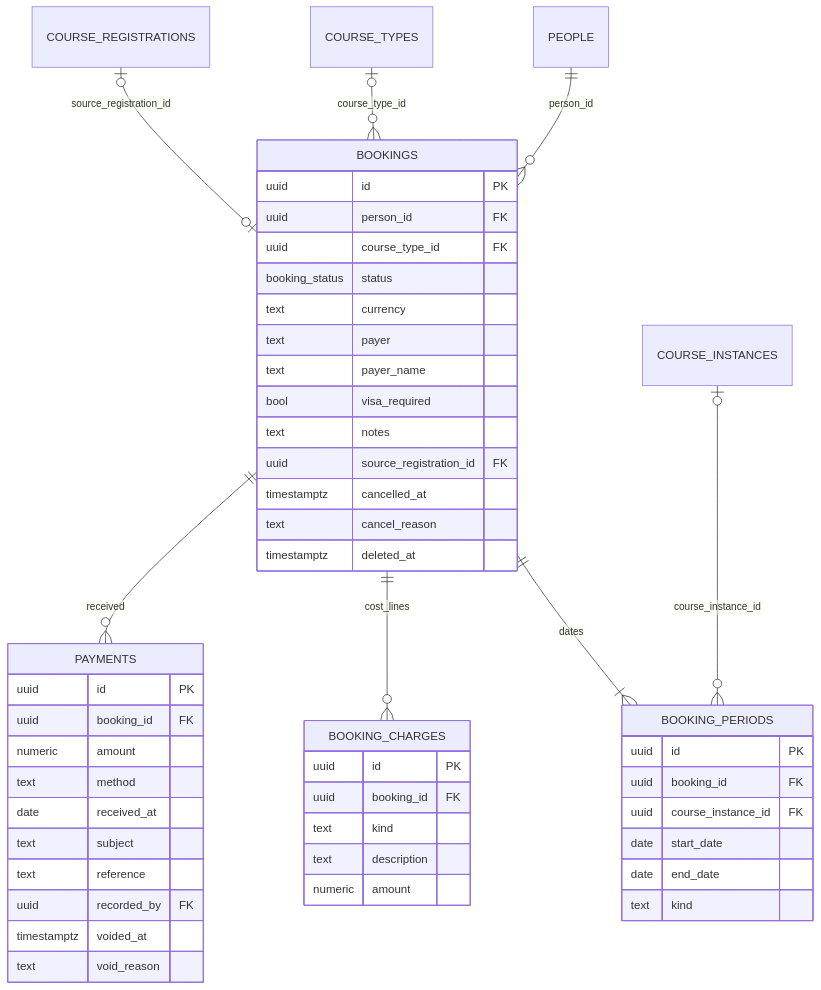
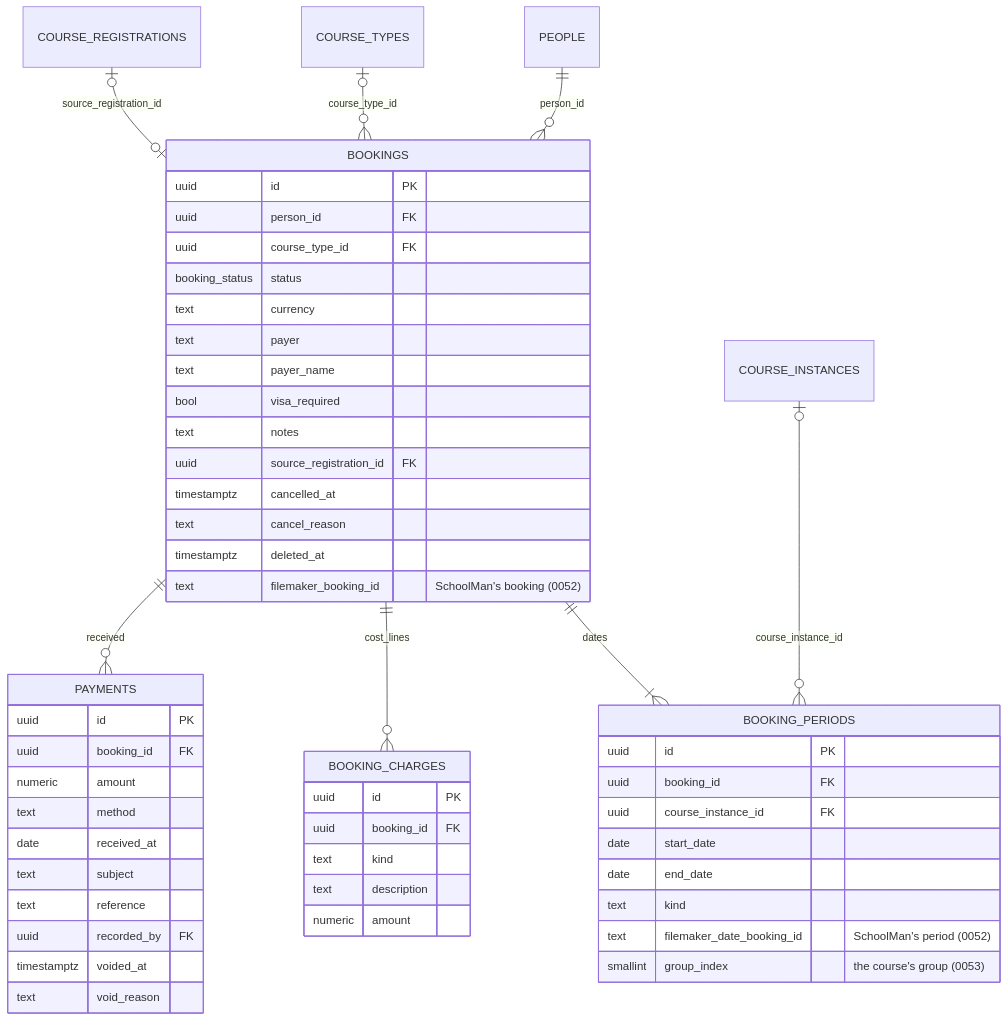
Before and after one commit to CASA-School/casa-website: the fourth of 7 diagrams in docs/ERD.md, drawn with Mermaid. The commit also changed 20 other files, not shown here.

````diff
--- a/docs/ERD.md
+++ b/docs/ERD.md
@@ -324,56 +324,59 @@
 ```mermaid
 erDiagram
   PEOPLE ||--o{ BOOKINGS : person_id
   COURSE_TYPES o|--o{ BOOKINGS : course_type_id
   COURSE_REGISTRATIONS o|--o| BOOKINGS : source_registration_id
   BOOKINGS ||--|{ BOOKING_PERIODS : dates
   COURSE_INSTANCES o|--o{ BOOKING_PERIODS : course_instance_id
   BOOKINGS ||--o{ BOOKING_CHARGES : cost_lines
   BOOKINGS ||--o{ PAYMENTS : received
 
   BOOKINGS {
     uuid id PK
     uuid person_id FK
     uuid course_type_id FK
     booking_status status
     text currency
     text payer
     text payer_name
     bool visa_required
     text notes
     uuid source_registration_id FK
     timestamptz cancelled_at
     text cancel_reason
     timestamptz deleted_at
+    text filemaker_booking_id "SchoolMan's booking (0052)"
   }
 
   BOOKING_PERIODS {
     uuid id PK
     uuid booking_id FK
     uuid course_instance_id FK
     date start_date
     date end_date
     text kind
+    text filemaker_date_booking_id "SchoolMan's period (0052)"
+    smallint group_index "the course's group (0053)"
   }
 
   BOOKING_CHARGES {
     uuid id PK
     uuid booking_id FK
     text kind
     text description
     numeric amount
   }
 
   PAYMENTS {
     uuid id PK
     uuid booking_id FK
     numeric amount
     text method
     date received_at
     text subject
     text reference
     uuid recorded_by FK
     timestamptz voided_at
     text void_reason
   }
 ```
````
